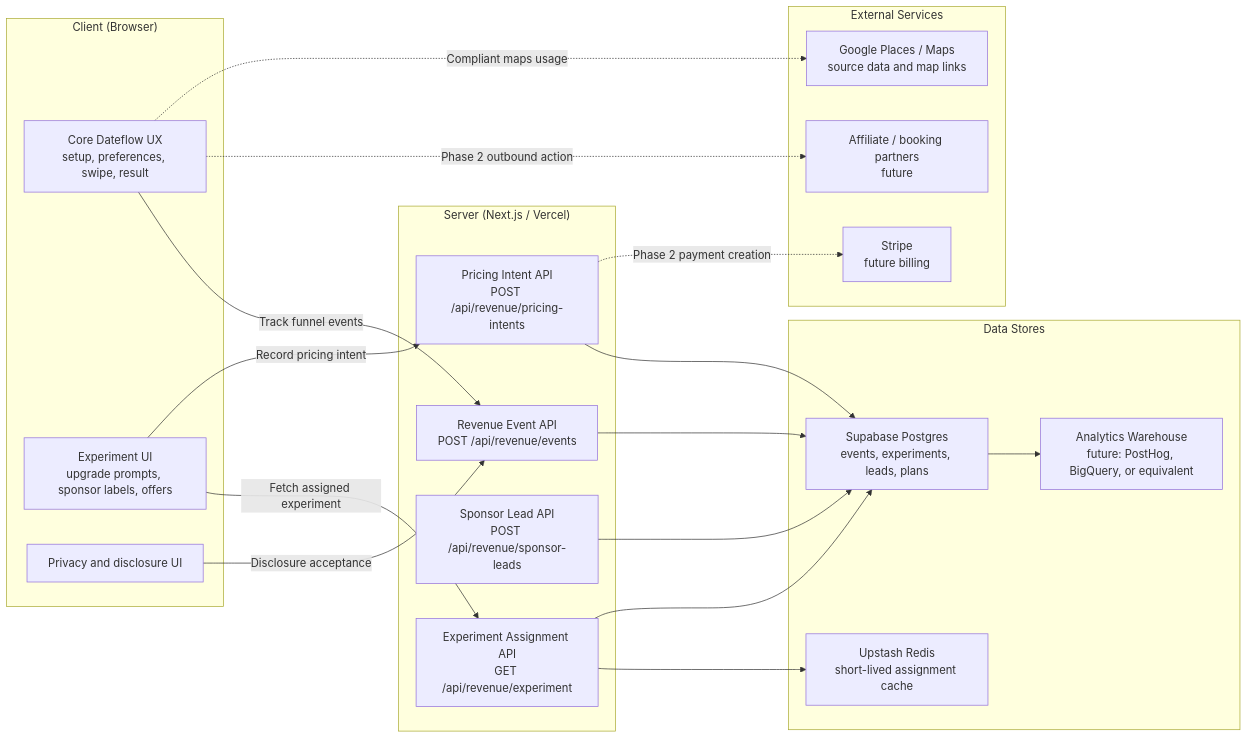
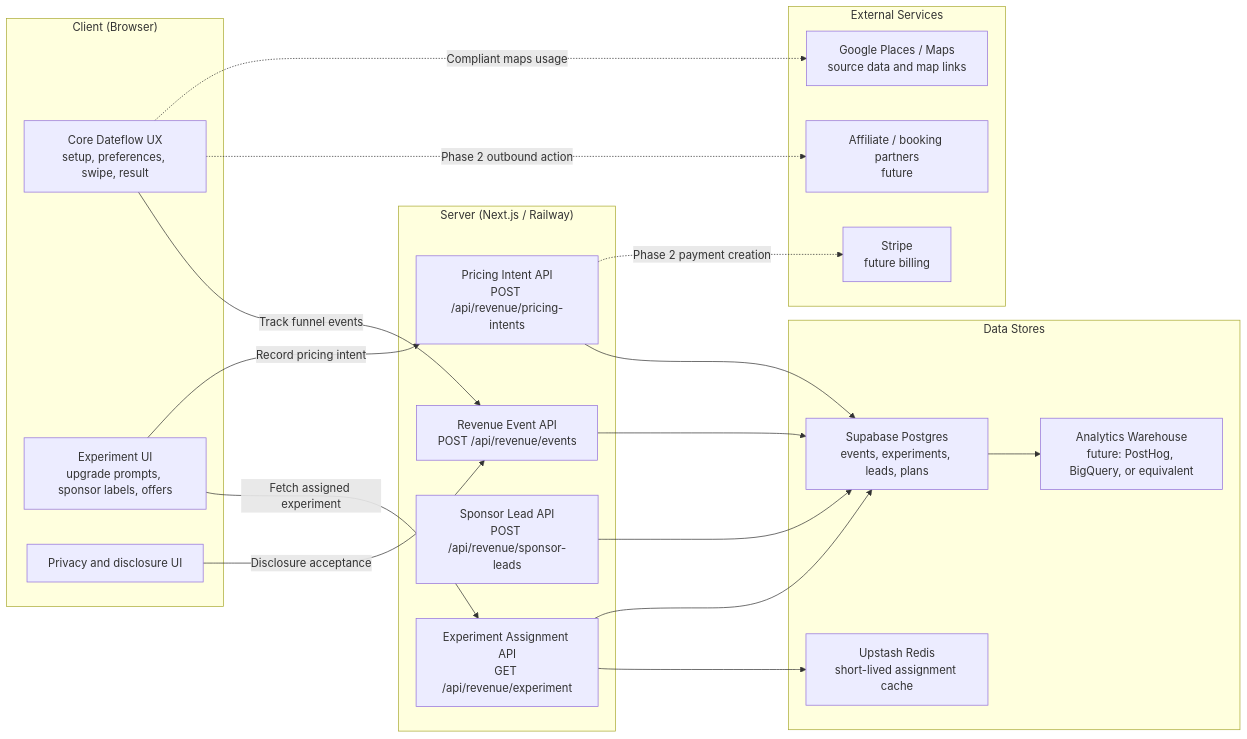
The first of 4 diagrams in docs/dev-specs/ds-07-monetization-revenue-intelligence.md (Aiden-Barrera/dateflow), drawn with Mermaid before and after one commit. The commit also changed other lines of this file and 46 other files, not shown here.

````diff
--- a/docs/dev-specs/ds-07-monetization-revenue-intelligence.md
+++ b/docs/dev-specs/ds-07-monetization-revenue-intelligence.md
@@ -60,41 +60,41 @@
 ```mermaid
 flowchart LR
     subgraph Client["Client (Browser)"]
         CoreFlow["Core Dateflow UX<br/>setup, preferences, swipe, result"]
         PaywallUI["Experiment UI<br/>upgrade prompts, sponsor labels, offers"]
         ConsentUI["Privacy and disclosure UI"]
     end
 
-    subgraph Server["Server (Next.js / Vercel)"]
+    subgraph Server["Server (Next.js / Railway)"]
         EventAPI["Revenue Event API<br/>POST /api/revenue/events"]
         ExperimentAPI["Experiment Assignment API<br/>GET /api/revenue/experiment"]
         SponsorAPI["Sponsor Lead API<br/>POST /api/revenue/sponsor-leads"]
         PricingAPI["Pricing Intent API<br/>POST /api/revenue/pricing-intents"]
     end
 
     subgraph Data["Data Stores"]
         Postgres["Supabase Postgres<br/>events, experiments, leads, plans"]
         Redis["Upstash Redis<br/>short-lived assignment cache"]
         Analytics["Analytics Warehouse<br/>future: PostHog, BigQuery, or equivalent"]
     end
 
     subgraph External["External Services"]
         Stripe["Stripe<br/>future billing"]
         Affiliate["Affiliate / booking partners<br/>future"]
         Google["Google Places / Maps<br/>source data and map links"]
     end
 
     CoreFlow -- "Track funnel events" --> EventAPI
     PaywallUI -- "Fetch assigned experiment" --> ExperimentAPI
     PaywallUI -- "Record pricing intent" --> PricingAPI
     ConsentUI -- "Disclosure acceptance" --> EventAPI
     EventAPI --> Postgres
     ExperimentAPI --> Redis
     ExperimentAPI --> Postgres
     SponsorAPI --> Postgres
     PricingAPI --> Postgres
     Postgres --> Analytics
     PricingAPI -. "Phase 2 payment creation" .-> Stripe
     CoreFlow -. "Phase 2 outbound action" .-> Affiliate
     CoreFlow -. "Compliant maps usage" .-> Google
 ```
````
